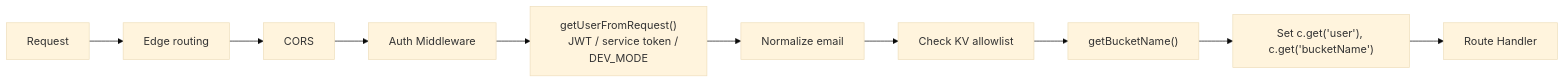
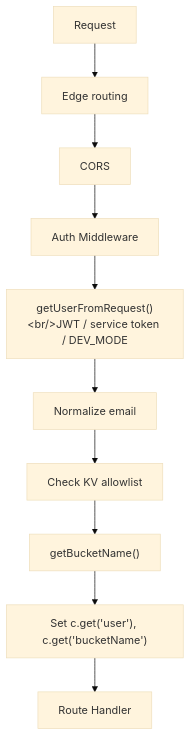
Diagram 11 of 12 in TECHNICAL.md (nikolanovoselec/codeflare), drawn with Mermaid (base theme) before and after one commit. The commit also changed other lines of this file and 22 other files, not shown here.

````diff
--- a/TECHNICAL.md
+++ b/TECHNICAL.md
@@ -445,13 +587,12 @@
 ```mermaid
-flowchart LR
+flowchart TD
     A[Request] --> B[Edge routing]
     B --> C[CORS]
     C --> D[Auth Middleware]
-    D --> E["getUserFromRequest()
-    JWT / service token / DEV_MODE"]
+    D --> E["getUserFromRequest()&lt;br/&gt;JWT / service token / DEV_MODE"]
     E --> F[Normalize email]
     F --> G[Check KV allowlist]
     G --> H["getBucketName()"]
     H --> I["Set c.get('user'), c.get('bucketName')"]
     I --> J[Route Handler]
 ```
````
